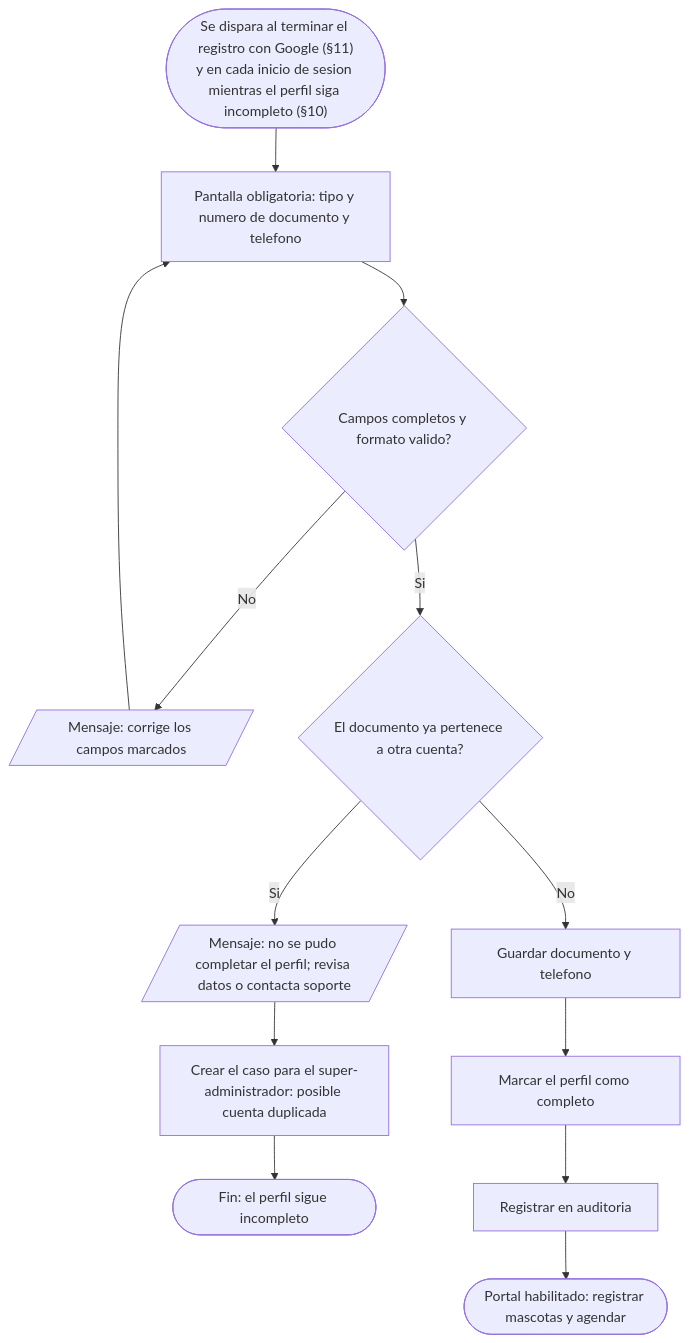
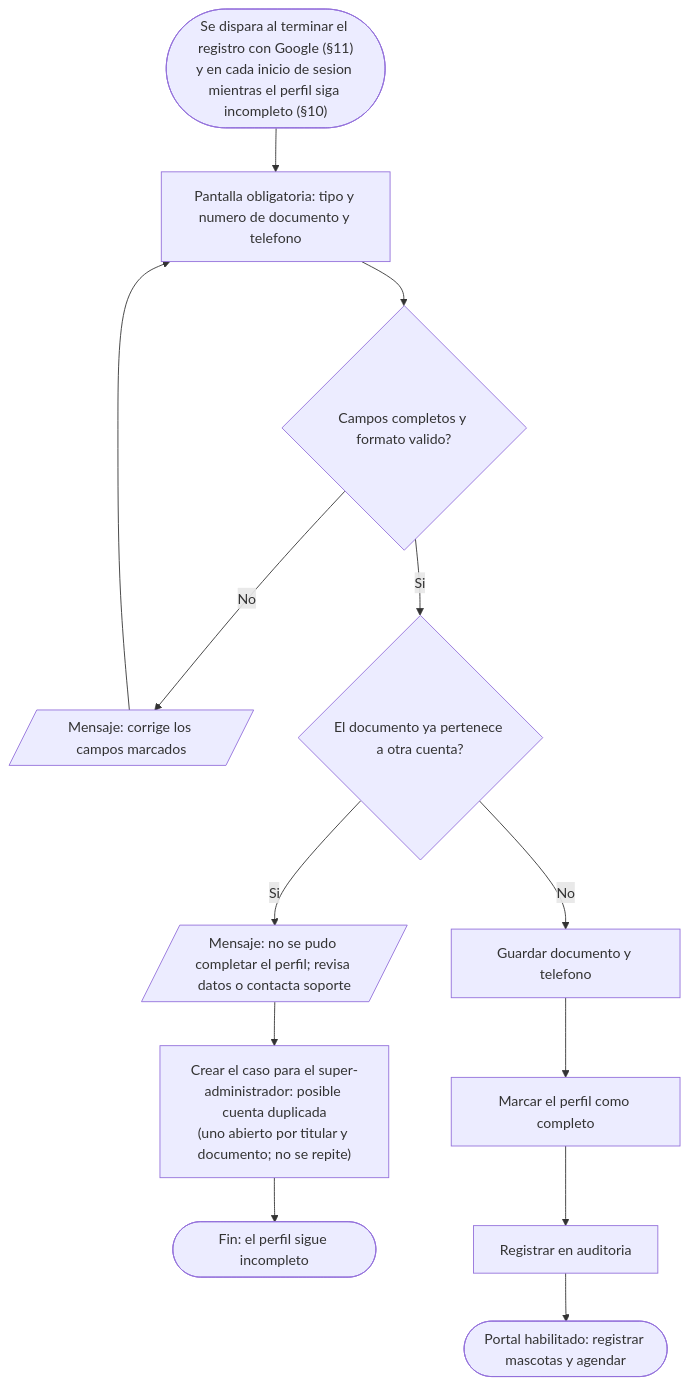
Diagram 22 of 25 in documentacion/Modelos.md (carvajal7lsch-commits/Zooki), drawn with Mermaid before and after one commit. The commit also changed other lines of this file and 4 other files, not shown here.

Commit message:
docs(m5): diagramas 11, 11.1, 12.3 y 13.1, nota de RE-2.10.1 y anexo C1

````diff
--- a/documentacion/Modelos.md
+++ b/documentacion/Modelos.md
@@ -898,15 +902,15 @@
 ```mermaid
 flowchart TD
   A(["Se dispara al terminar el registro con Google (§11)<br/>y en cada inicio de sesion mientras el perfil siga incompleto (§10)"]) --> B["Pantalla obligatoria: tipo y numero de documento y telefono"]
   B --> C{Campos completos y formato valido?}
   C -- No --> C1[/"Mensaje: corrige los campos marcados"/]
   C1 --> B
   C -- Si --> D{El documento ya pertenece a otra cuenta?}
   D -- Si --> D1[/"Mensaje: no se pudo completar el perfil; revisa datos o contacta soporte"/]
-  D1 --> D2[Crear el caso para el super-administrador: posible cuenta duplicada]
+  D1 --> D2["Crear el caso para el super-administrador: posible cuenta duplicada<br/>(uno abierto por titular y documento; no se repite)"]
   D2 --> ZF([Fin: el perfil sigue incompleto])
   D -- No --> E[Guardar documento y telefono]
   E --> F[Marcar el perfil como completo]
   F --> G[Registrar en auditoria]
   G --> H([Portal habilitado: registrar mascotas y agendar])
 ```
````
